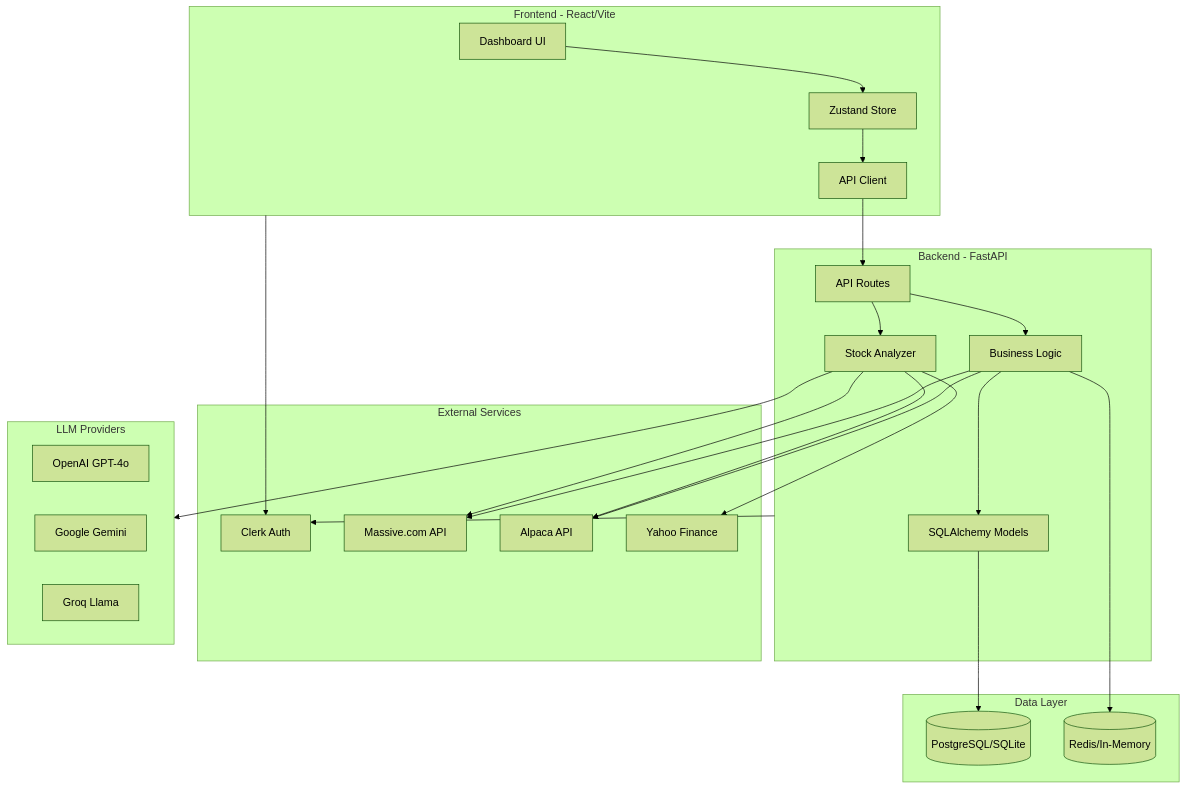
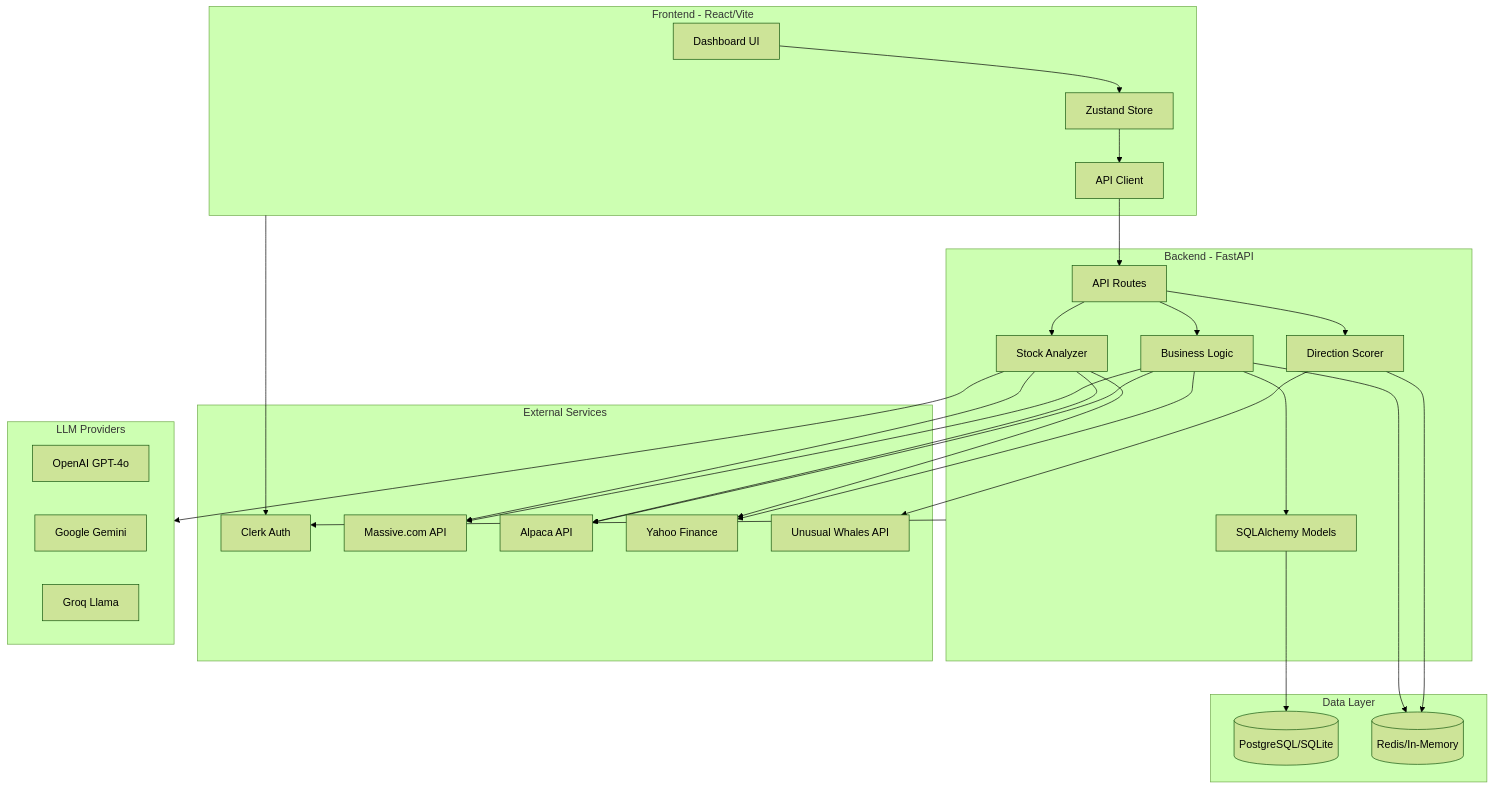
The first of 4 diagrams in README.md (pk-ux/PutOptionsTrading), drawn with Mermaid (forest theme) before and after one commit. The commit also changed other lines of this file and 2 other files, not shown here.

First line of the commit message:
docs: Bring README, ARCHITECTURE and MIGRATION in sync with the code

````diff
--- a/README.md
+++ b/README.md
@@ -160,50 +220,56 @@
 ```mermaid
 flowchart TB
     subgraph frontend [Frontend - React/Vite]
         UI[Dashboard UI]
         Store[Zustand Store]
         APIClient[API Client]
     end
     
     subgraph backend [Backend - FastAPI]
         Routes[API Routes]
         Services[Business Logic]
         Analyzer[Stock Analyzer]
+        Direction[Direction Scorer]
         Models[SQLAlchemy Models]
     end
     
     subgraph external [External Services]
         Clerk[Clerk Auth]
         Massive[Massive.com API]
         Alpaca[Alpaca API]
         Yahoo[Yahoo Finance]
+        UW[Unusual Whales API]
     end
     
     subgraph llm [LLM Providers]
         OpenAI[OpenAI GPT-4o]
         Gemini[Google Gemini]
         Groq[Groq Llama]
     end
     
     subgraph data [Data Layer]
         DB[(PostgreSQL/SQLite)]
         Cache[(Redis/In-Memory)]
     end
     
     UI --> Store
     Store --> APIClient
     APIClient --> Routes
     Routes --> Services
     Routes --> Analyzer
+    Routes --> Direction
+    Direction --> UW
+    Direction --> Cache
     Services --> Models
     Models --> DB
     Services --> Cache
     Services --> Massive
     Services --> Alpaca
+    Services --> Yahoo
     Analyzer --> Yahoo
     Analyzer --> Massive
     Analyzer --> Alpaca
     Analyzer --> llm
     frontend --> Clerk
     backend --> Clerk
 ```
````
